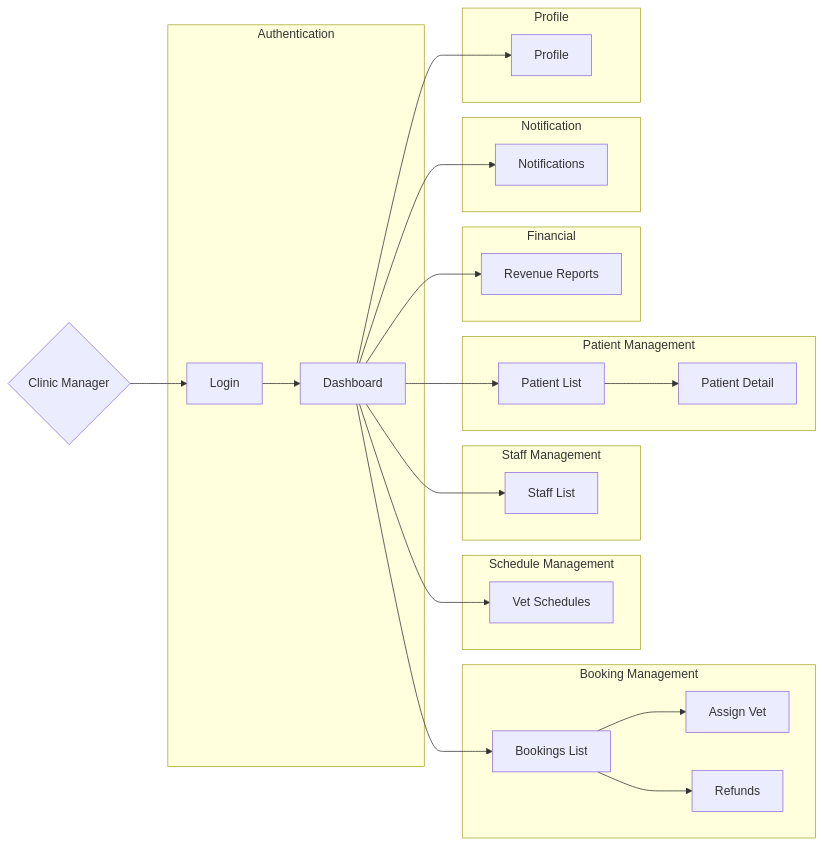
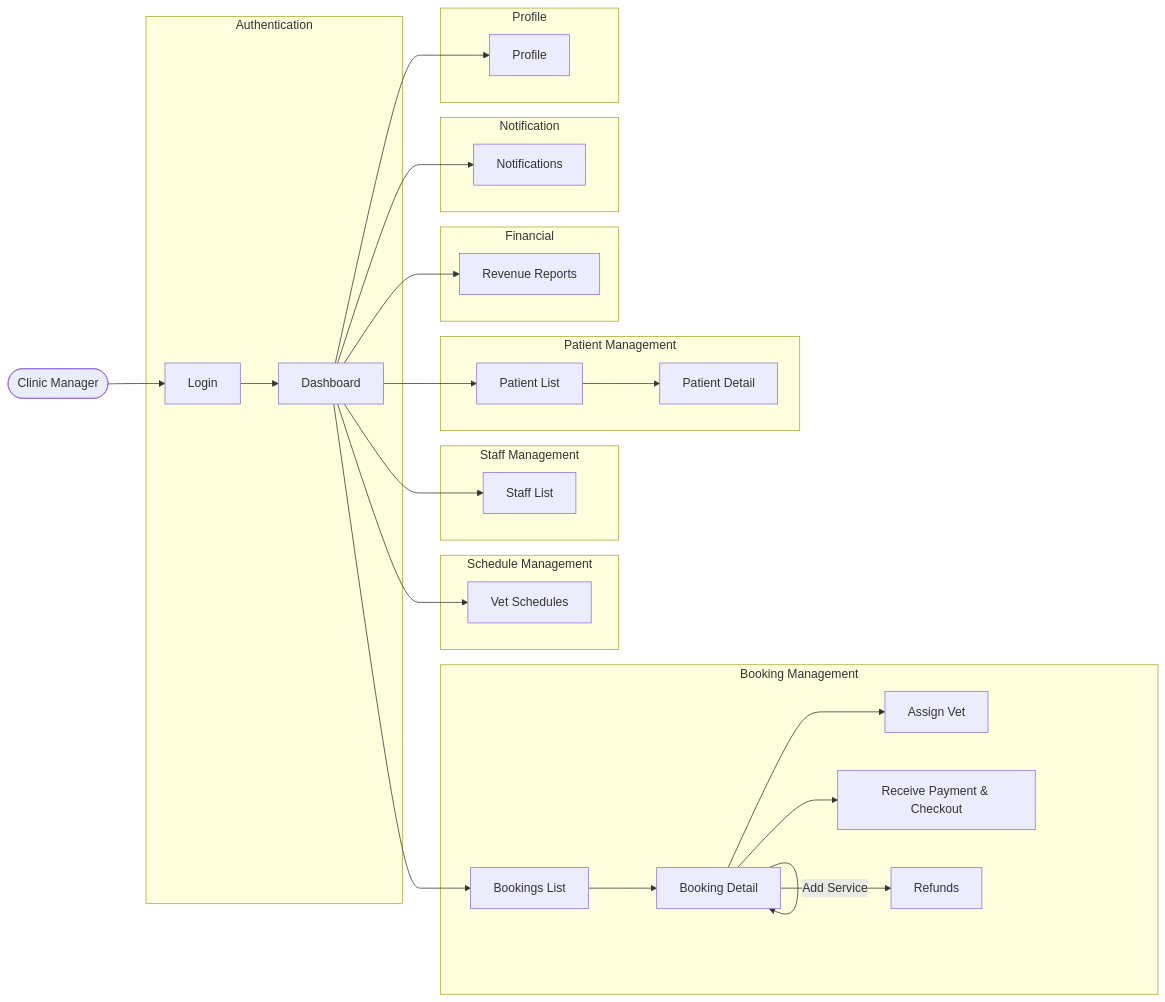
The seventh of 9 diagrams in docs-references/documentation/SRS/PETTIES_SRS.md (espresso23/Petties-Veterinary-Appointment-Booking-Platform), drawn with Mermaid before and after one commit. The commit also changed other lines of this file and 105 other files, not shown here.

````diff
--- a/docs-references/documentation/SRS/PETTIES_SRS.md
+++ b/docs-references/documentation/SRS/PETTIES_SRS.md
@@ -484,39 +470,42 @@
 ```mermaid
 flowchart LR
-    CM{Clinic Manager} --> Login
+    CM([Clinic Manager]) --> Login
 
     subgraph Authentication
         Login --> Dashboard
     end
 
     subgraph Schedule_Management[Schedule Management]
         Dashboard --> VetSchedules[Vet Schedules]
     end
 
     subgraph Booking_Management[Booking Management]
         Dashboard --> BookingsList[Bookings List]
-        BookingsList --> AssignVet[Assign Vet]
-        BookingsList --> Refunds
+        BookingsList --> BookingDetail[Booking Detail]
+        BookingDetail --> AssignVet[Assign Vet]
+        BookingDetail -- "Add Service" --> BookingDetail
+        BookingDetail --> PaymentCheckout[Receive Payment & Checkout]
+        BookingDetail --> Refunds
     end
 
     subgraph Staff_Management[Staff Management]
         Dashboard --> StaffList[Staff List]
     end
 
     subgraph Patient_Management[Patient Management]
         Dashboard --> PatientList[Patient List]
         PatientList --> PatientDetail[Patient Detail]
     end
 
     subgraph Financial
         Dashboard --> RevenueReports[Revenue Reports]
     end
 
     subgraph Notification
         Dashboard --> Notifications
     end
 
     subgraph Profile
         Dashboard --> ProfileScreen[Profile]
     end
 ```
````
